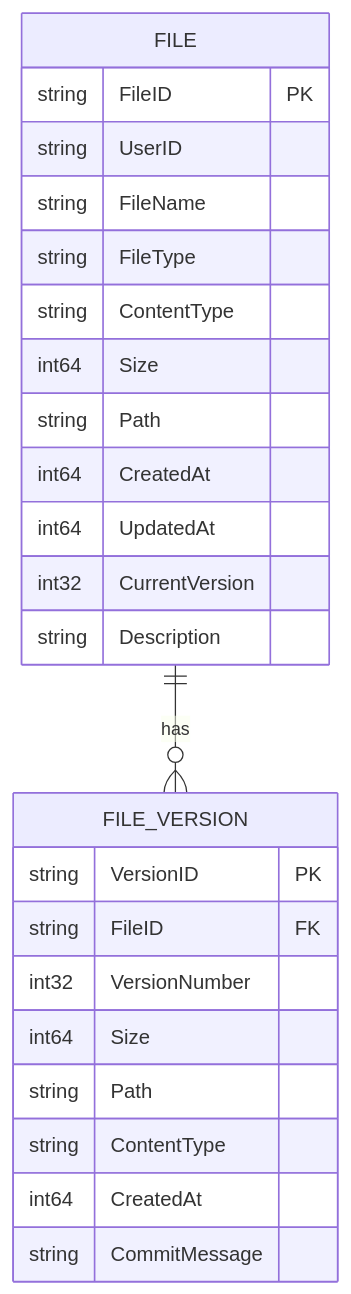
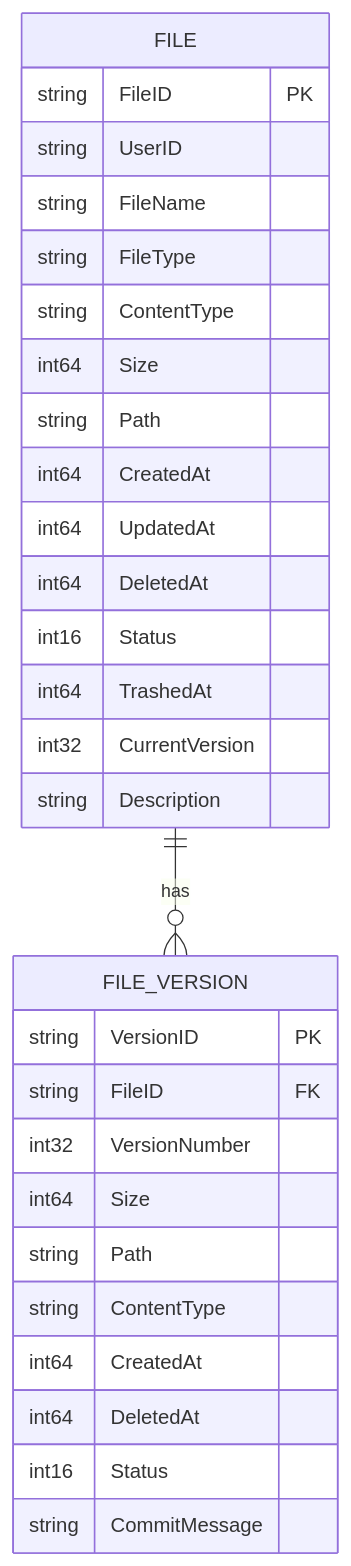
One commit to yeisme/NoteVault changed the eighth of 11 diagrams in docs/downloadfile.md. Above: the diagram before and after it, drawn with Mermaid. The commit also changed 16 other files, not shown here.

````diff
--- a/docs/downloadfile.md
+++ b/docs/downloadfile.md
@@ -140,27 +140,32 @@
 ```mermaid
 erDiagram
     FILE ||--o{ FILE_VERSION : has
     FILE {
         string FileID PK
         string UserID
         string FileName
         string FileType
         string ContentType
         int64 Size
         string Path
         int64 CreatedAt
         int64 UpdatedAt
+        int64 DeletedAt
+        int16 Status
+        int64 TrashedAt
         int32 CurrentVersion
         string Description
     }
     FILE_VERSION {
         string VersionID PK
         string FileID FK
         int32 VersionNumber
         int64 Size
         string Path
         string ContentType
         int64 CreatedAt
+        int64 DeletedAt
+        int16 Status
         string CommitMessage
     }
 ```
````
